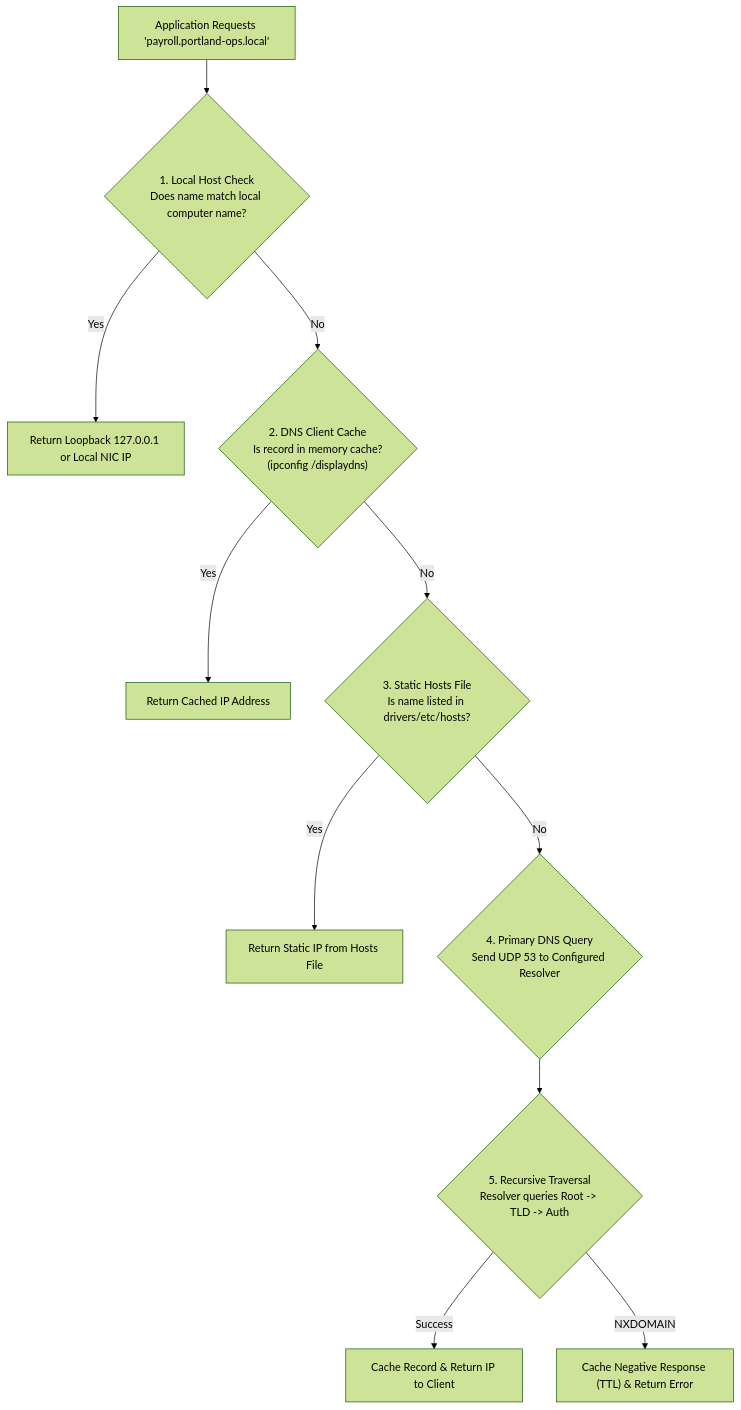
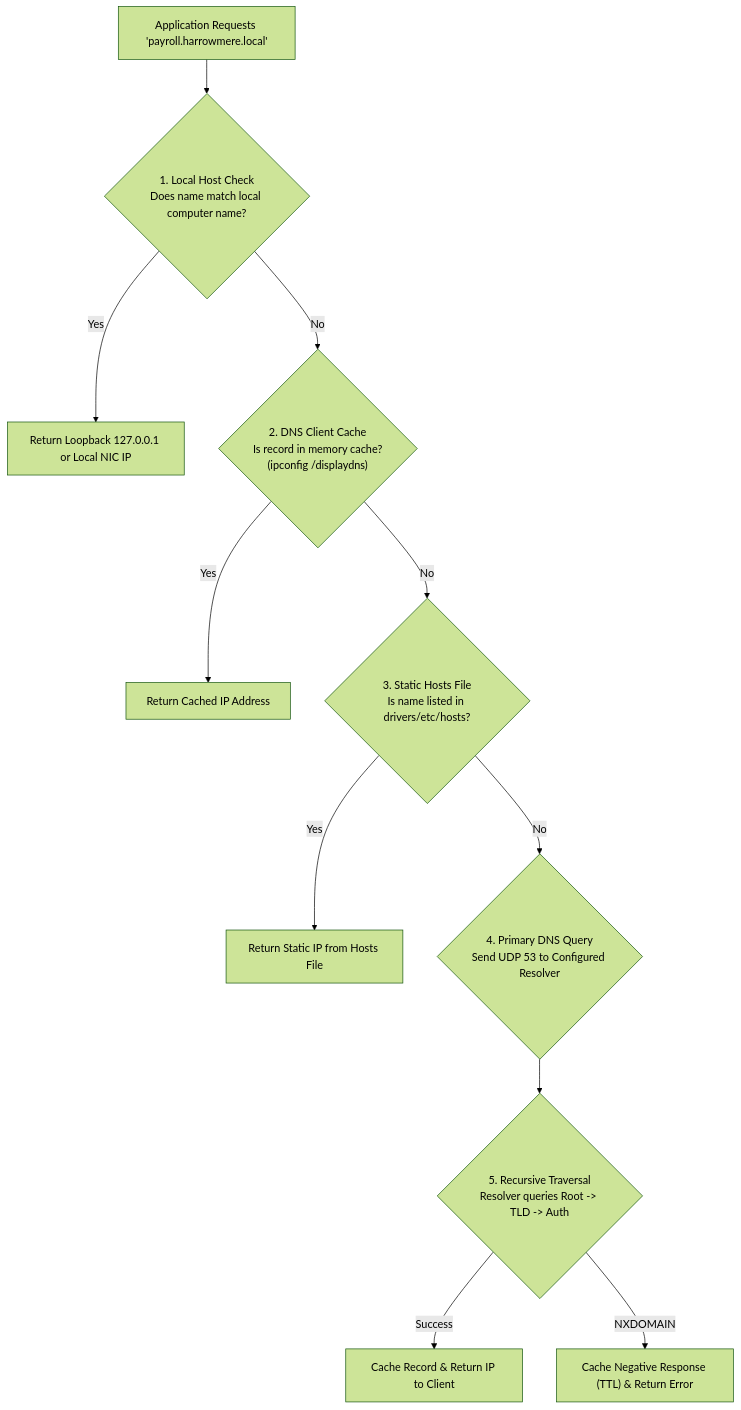
The second of 4 diagrams in portland-desk/workbench/04-the-name-is-not-the-number.md (cwarloe/learning-narrative-kit), drawn with Mermaid (forest theme) before and after one commit. The commit also changed other lines of this file and 94 other files, not shown here.

````diff
--- a/portland-desk/workbench/04-the-name-is-not-the-number.md
+++ b/portland-desk/workbench/04-the-name-is-not-the-number.md
@@ -71,13 +71,13 @@
 ```mermaid
 flowchart TD
-    A["Application Requests 'payroll.portland-ops.local'"] --> B{"1. Local Host Check<br/>Does name match local computer name?"}
+    A["Application Requests 'payroll.harrowmere.local'"] --> B{"1. Local Host Check<br/>Does name match local computer name?"}
     B -- Yes --> C["Return Loopback 127.0.0.1 or Local NIC IP"]
     B -- No --> D{"2. DNS Client Cache<br/>Is record in memory cache?<br/>(ipconfig /displaydns)"}
     D -- Yes --> E["Return Cached IP Address"]
     D -- No --> F{"3. Static Hosts File<br/>Is name listed in drivers/etc/hosts?"}
     F -- Yes --> G["Return Static IP from Hosts File"]
     F -- No --> H{"4. Primary DNS Query<br/>Send UDP 53 to Configured Resolver"}
     H --> I{"5. Recursive Traversal<br/>Resolver queries Root -> TLD -> Auth"}
     I -- Success --> J["Cache Record & Return IP to Client"]
     I -- NXDOMAIN --> K["Cache Negative Response (TTL) & Return Error"]
 ```
````
